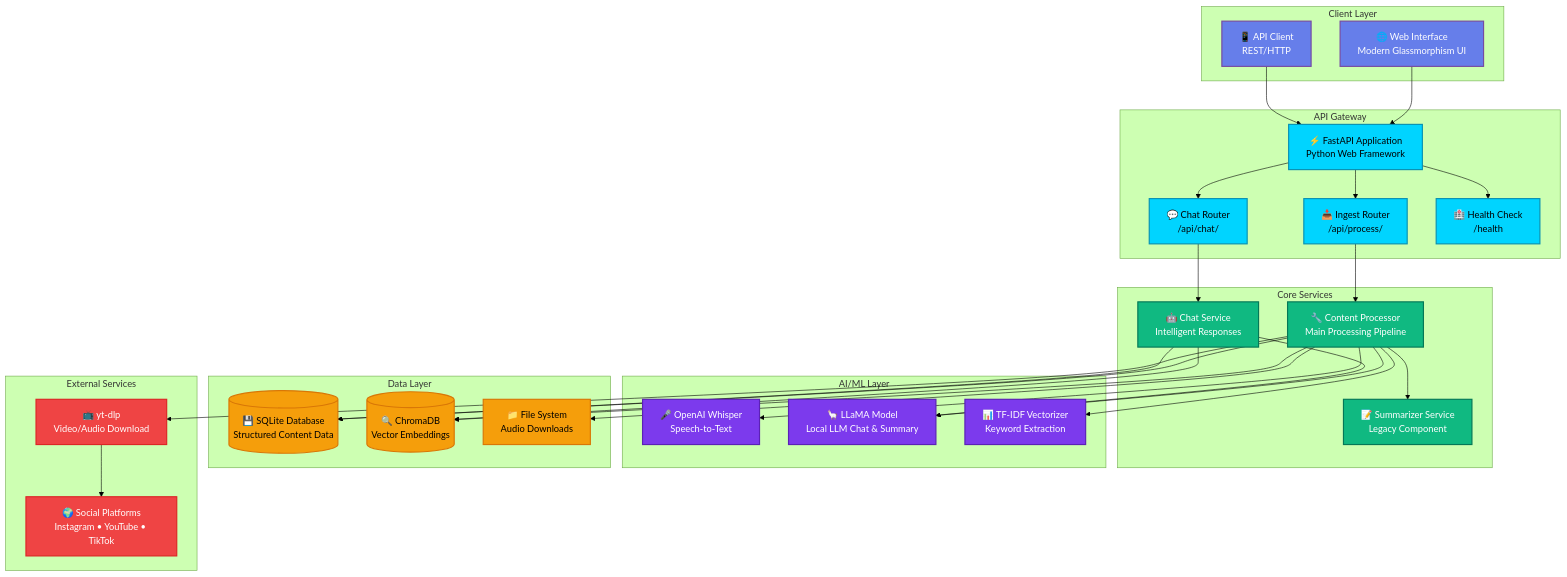
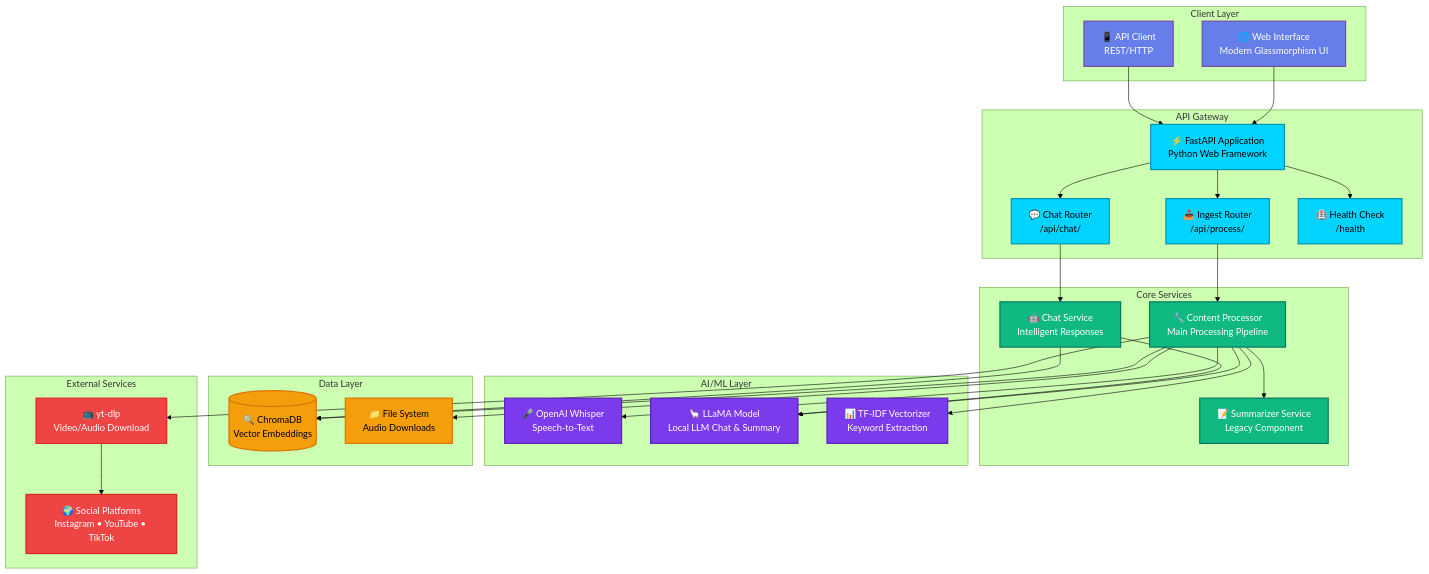
One commit to SharmaPrakhar25/social-brain changed the first of 2 diagrams in README.md. Above: the diagram before and after it, drawn with Mermaid (forest theme). The commit also changed other lines of this file and 1 other file, not shown here.

````diff
--- a/README.md
+++ b/README.md
@@ -130,7 +130,6 @@
     end
     
     subgraph "Data Layer"
-        SQLITE[(💾 SQLite Database<br/>Structured Content Data)]
         CHROMADB[(🔍 ChromaDB<br/>Vector Embeddings)]
         FILESYSTEM[📁 File System<br/>Audio Downloads]
     end
@@ -161,15 +160,13 @@
     CHAT_SERVICE --> LLAMA
     
     %% Data Storage
-    PROCESSOR --> SQLITE
     PROCESSOR --> CHROMADB
     CHAT_SERVICE --> CHROMADB
-    CHAT_SERVICE --> SQLITE
+    PROCESSOR --> FILESYSTEM
     
     %% External Services
     PROCESSOR --> YTDLP
     YTDLP --> PLATFORMS
-    PROCESSOR --> FILESYSTEM
     
     %% Styling
     classDef client fill:#667eea,stroke:#764ba2,stroke-width:2px,color:#fff
@@ -183,6 +180,6 @@
     class FASTAPI,INGEST,CHAT,HEALTH api
     class PROCESSOR,CHAT_SERVICE,SUMMARIZER service
     class WHISPER,LLAMA,TFIDF ai
-    class SQLITE,CHROMADB,FILESYSTEM data
+    class CHROMADB,FILESYSTEM data
     class YTDLP,PLATFORMS external
 ```
````
